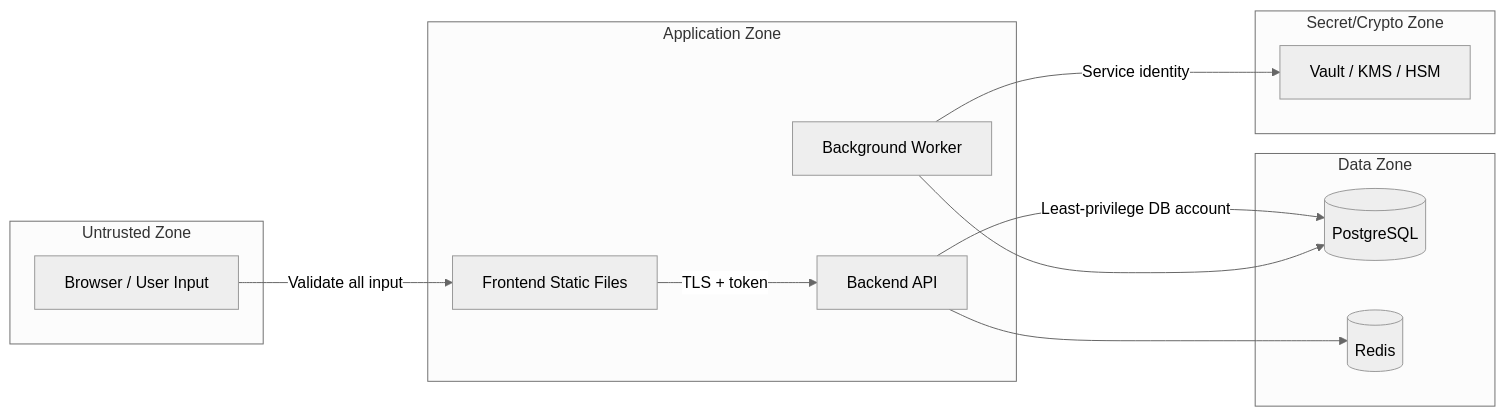
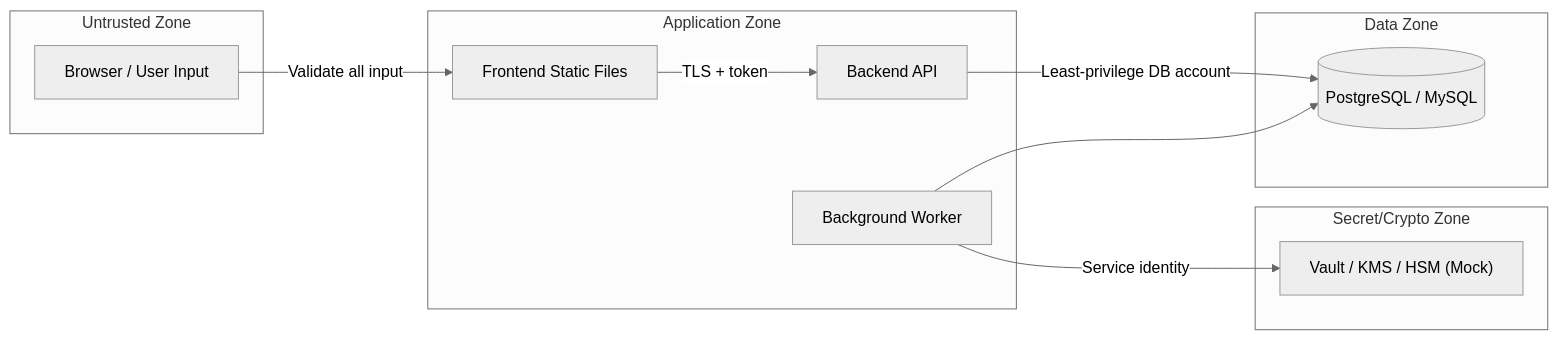
The fifth of 15 diagrams in implementation_plan.md (Eyblcat12/Cryta), drawn with Mermaid (neutral theme) before and after one commit. The commit also changed other lines of this file, not shown here.

````diff
--- a/implementation_plan.md
+++ b/implementation_plan.md
@@ -394,25 +534,23 @@
 ```mermaid
 flowchart LR
     subgraph Z1["Untrusted Zone"]
         USER["Browser / User Input"]
     end
     subgraph Z2["Application Zone"]
         WEB["Frontend Static Files"]
         API["Backend API"]
         WORKER["Background Worker"]
     end
-    subgraph Z3["Data Zone"]
-        DB[("PostgreSQL")]
-        CACHE[("Redis")]
+    subgraph Data Zone
+        DB[("PostgreSQL / MySQL")]
     end
-    subgraph Z4["Secret/Crypto Zone"]
-        VAULT["Vault / KMS / HSM"]
+    subgraph Secret/Crypto Zone
+        VAULT["Vault / KMS / HSM (Mock)"]
     end
 
     USER -->|"Validate all input"| WEB
     WEB -->|"TLS + token"| API
     API -->|"Least-privilege DB account"| DB
-    API --> CACHE
     WORKER --> DB
     WORKER -->|"Service identity"| VAULT
 ```
````
